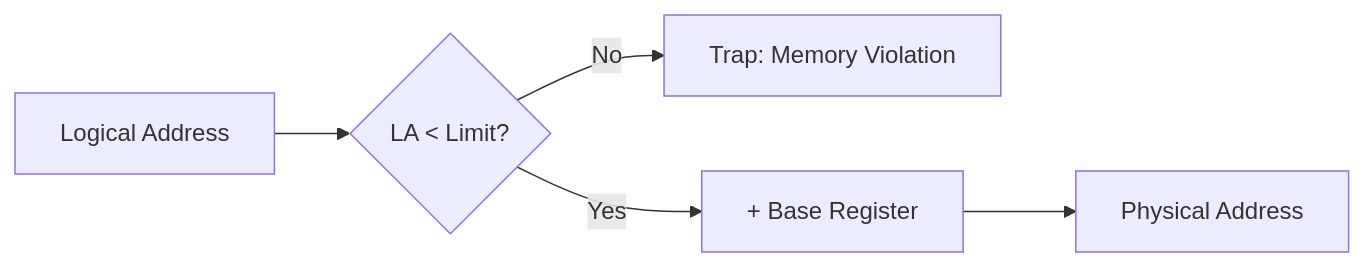
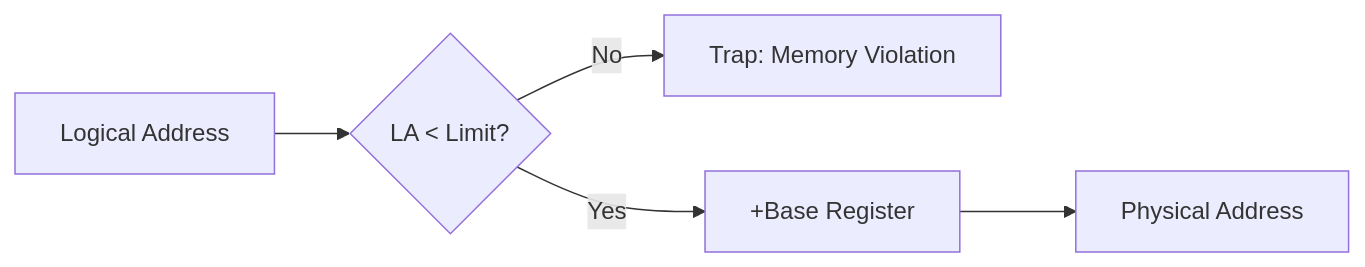
The fourth of 5 diagrams in content/CS2106/L7.md (Nathan0820/vault), drawn with Mermaid before and after one commit. The commit also changed 2 other files, not shown here.

Commit message:
Quartz sync: Apr 23, 2026, 5:30 PM

````diff
--- a/content/CS2106/L7.md
+++ b/content/CS2106/L7.md
@@ -154,7 +154,7 @@
 ```mermaid
 flowchart LR
     LA[Logical Address] --> Check{"LA < Limit?"}
     Check -- No --> Error[Trap: Memory Violation]
-    Check -- Yes --> Add["+ Base Register"]
+    Check -- Yes --> Add["+Base Register"]
     Add --> PA[Physical Address]
 ```
````
